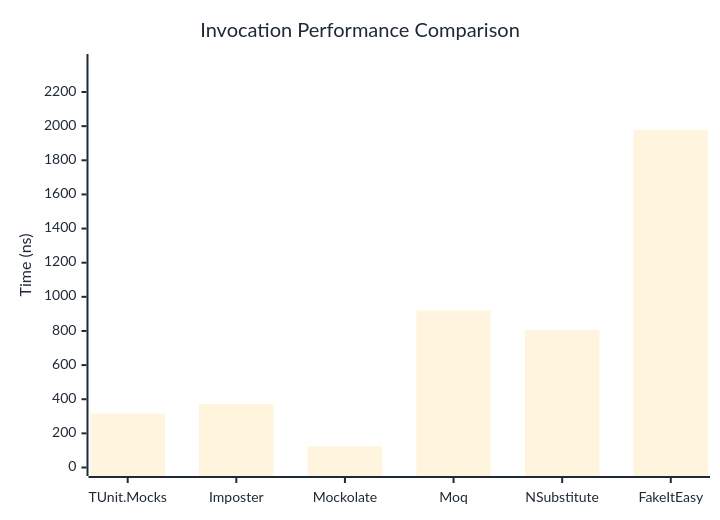
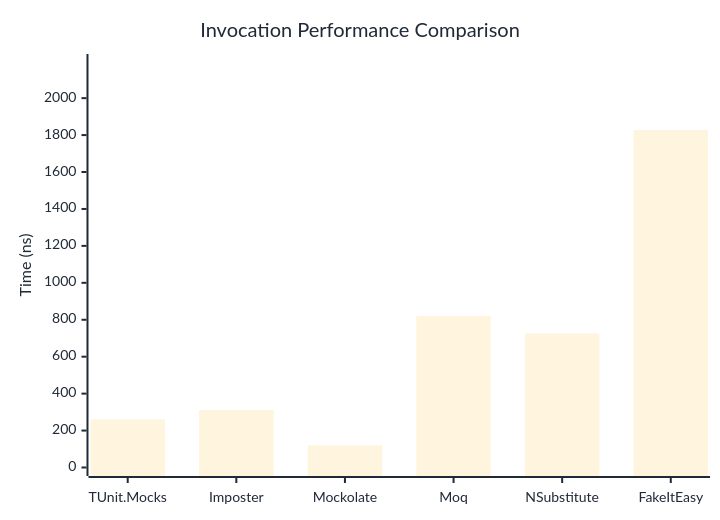
Before and after one commit to thomhurst/TUnit: the first of 3 diagrams in docs/docs/benchmarks/mocks/Invocation.md, drawn with Mermaid. The commit also changed other lines of this file and 14 other files, not shown here.

````diff
--- a/docs/docs/benchmarks/mocks/Invocation.md
+++ b/docs/docs/benchmarks/mocks/Invocation.md
@@ -28,27 +28,27 @@
 ```mermaid
 %%{init: {
   'theme':'base',
   'themeVariables': {
     'primaryColor': '#2563eb',
     'primaryTextColor': '#1f2937',
     'primaryBorderColor': '#1e40af',
     'lineColor': '#6b7280',
     'secondaryColor': '#7c3aed',
     'tertiaryColor': '#dc2626',
     'background': '#ffffff',
     'pie1': '#2563eb',
     'pie2': '#7c3aed',
     'pie3': '#dc2626',
     'pie4': '#f59e0b',
     'pie5': '#10b981',
     'pie6': '#06b6d4',
     'pie7': '#ec4899',
     'pie8': '#6366f1'
   }
 }}%%
 xychart-beta
   title "Invocation Performance Comparison"
   x-axis ["TUnit.Mocks", "Imposter", "Mockolate", "Moq", "NSubstitute", "FakeItEasy"]
-  y-axis "Time (ns)" 0 --> 2373
-  bar [315.3, 371.9, 124.2, 919.3, 804, 1977.3]
+  y-axis "Time (ns)" 0 --> 2193
+  bar [260.4, 311.4, 120.5, 819.8, 725.5, 1827.4]
 ```
````
